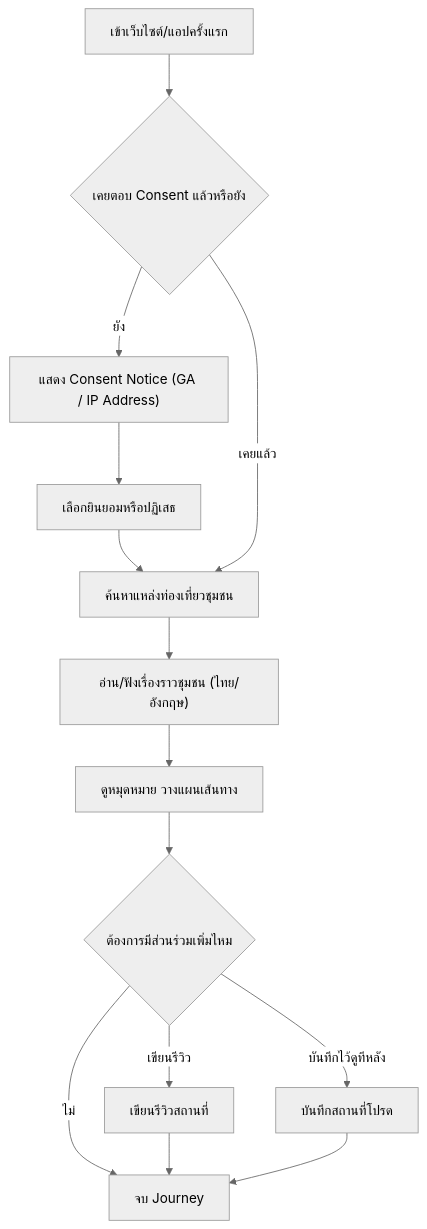
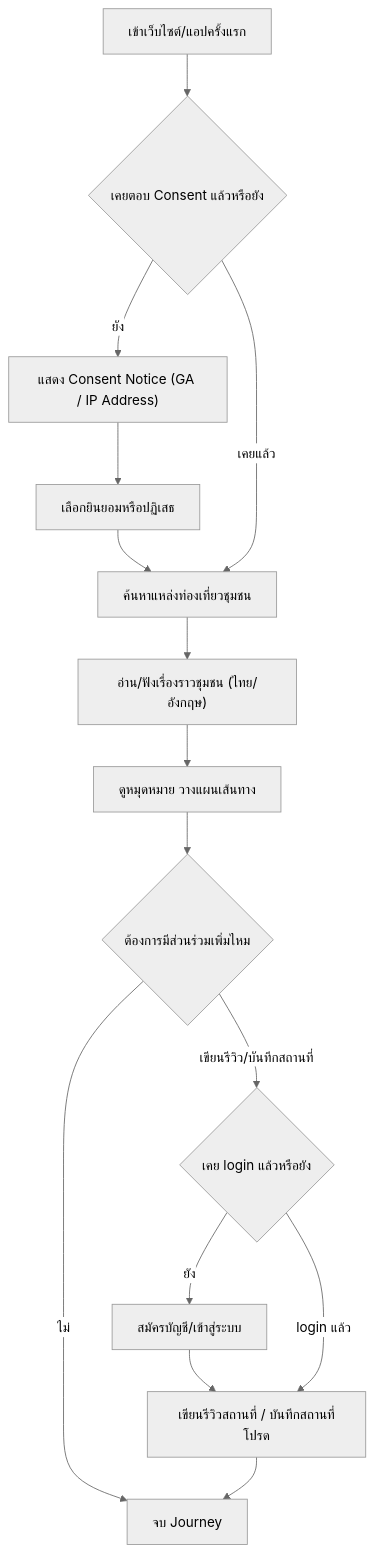
One commit to b5810202241-cpu/Local-Story-Hub changed the diagram in docs/02-design/01-prototypes/tourist-journey.md. Above: the diagram before and after it, drawn with Mermaid (neutral theme). The commit also changed other lines of this file and 42 other files, not shown here.

First line of the commit message:
Close all remaining open questions and add community/tourist account flows

````diff
--- a/docs/02-design/01-prototypes/tourist-journey.md
+++ b/docs/02-design/01-prototypes/tourist-journey.md
@@ -12,16 +12,17 @@
 ```mermaid
 flowchart TD
   A["เข้าเว็บไซต์/แอปครั้งแรก"] --> B{"เคยตอบ Consent แล้วหรือยัง"}
   B -- ยัง --> C["แสดง Consent Notice (GA / IP Address)"]
   C --> D["เลือกยินยอมหรือปฏิเสธ"]
   D --> E["ค้นหาแหล่งท่องเที่ยวชุมชน"]
   B -- เคยแล้ว --> E
   E --> F["อ่าน/ฟังเรื่องราวชุมชน (ไทย/อังกฤษ)"]
   F --> G["ดูหมุดหมาย วางแผนเส้นทาง"]
   G --> H{"ต้องการมีส่วนร่วมเพิ่มไหม"}
-  H -- เขียนรีวิว --> I["เขียนรีวิวสถานที่"]
-  H -- บันทึกไว้ดูทีหลัง --> J["บันทึกสถานที่โปรด"]
+  H -- เขียนรีวิว/บันทึกสถานที่ --> L{"เคย login แล้วหรือยัง"}
+  L -- ยัง --> M["สมัครบัญชี/เข้าสู่ระบบ"]
+  M --> I
+  L -- login แล้ว --> I["เขียนรีวิวสถานที่ / บันทึกสถานที่โปรด"]
   H -- ไม่ --> K["จบ Journey"]
   I --> K
-  J --> K
 ```
````
